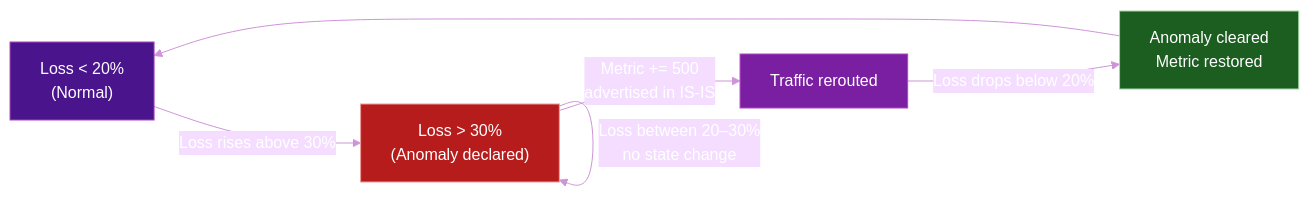
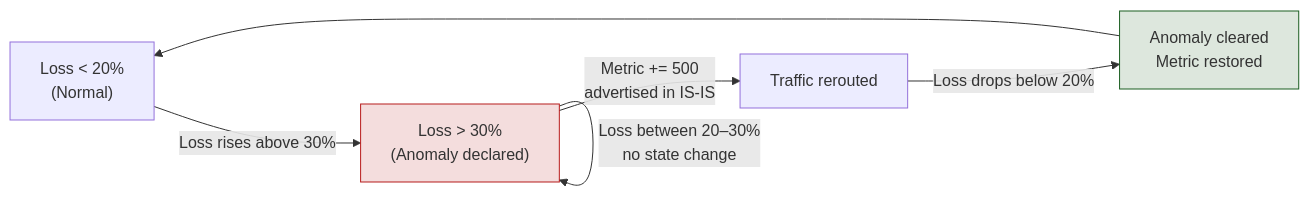
The second of 2 diagrams in docs/topics/srpm.md (eldaninavas/srv6.md), drawn with Mermaid before and after one commit. The commit also changed other lines of this file and 29 other files, not shown here.

First line of the commit message:
fix(mermaid): apply theme-aware colors site-wide

````diff
--- a/docs/topics/srpm.md
+++ b/docs/topics/srpm.md
@@ -153,13 +148,10 @@
 ```mermaid
-%%{init: {"theme": "base", "themeVariables": {"primaryTextColor": "#fff", "lineColor": "#ce93d8", "textColor": "#fff"}}}%%
 graph LR
     A["Loss < 20%<br/>(Normal)"] -->|"Loss rises above 30%"| B["Loss > 30%<br/>(Anomaly declared)"]
     B -->|"Metric += 500<br/>advertised in IS-IS"| C["Traffic rerouted"]
     C -->|"Loss drops below 20%"| D["Anomaly cleared<br/>Metric restored"]
     D --> A
     B -->|"Loss between 20–30%<br/>no state change"| B
-    style A fill:#4a148c,color:#fff,stroke:#ab47bc
-    style B fill:#b71c1c,color:#fff,stroke:#ef9a9a
-    style C fill:#7b1fa2,color:#fff,stroke:#ab47bc
-    style D fill:#1b5e20,color:#fff,stroke:#a5d6a7
+    style B fill:#b71c1c26,stroke:#b71c1c
+    style D fill:#1b5e2026,stroke:#1b5e20
 ```
````
